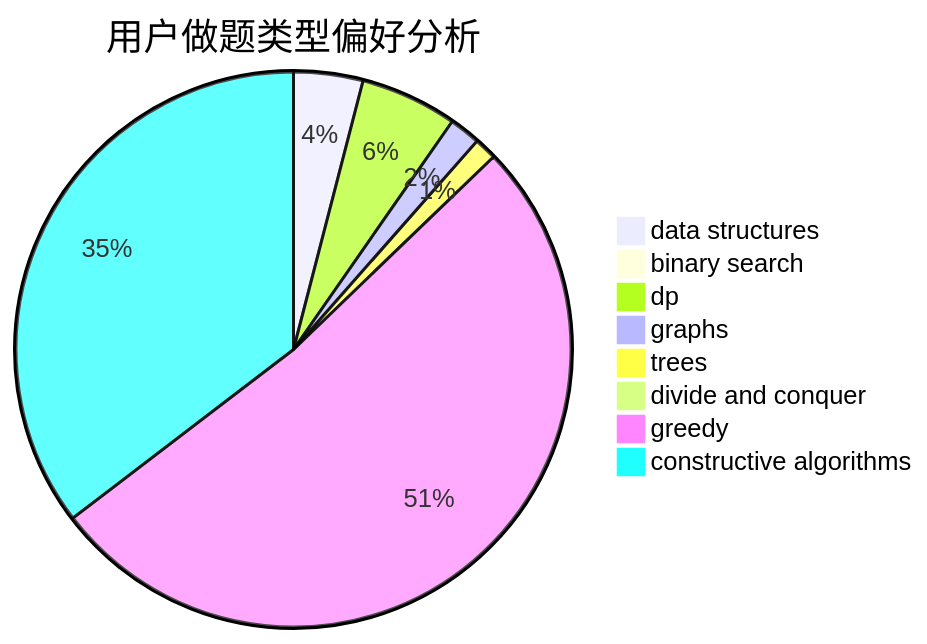
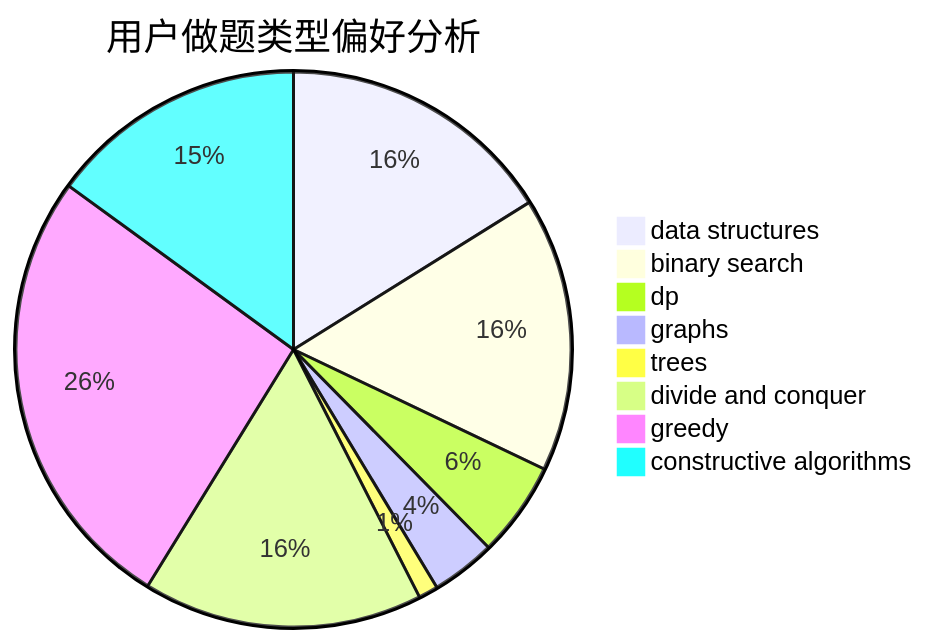
Before and after one commit to sherpahu/cfrs.github.io: the second of 3 diagrams in docs/user/u2644.md, drawn with Mermaid. The commit also changed other lines of this file and 2770 other files, not shown here.

````diff
--- a/docs/user/u2644.md
+++ b/docs/user/u2644.md
@@ -23,11 +23,11 @@
 ```mermaid
 pie title 用户做题类型偏好分析
-    "data structures" :  40
-    "binary search" :  10
-    "dp" :  56
-    "graphs" :  18
-    "trees" :  13
-    "divide and conquer" :  0
-    "greedy" :  514
-    "constructive algorithms" :  351
+    "data structures" :  99
+    "binary search" :  98
+    "dp" :  34
+    "graphs" :  23
+    "trees" :  7
+    "divide and conquer" :  100
+    "greedy" :  161
+    "constructive algorithms" :  92
 ```
````
